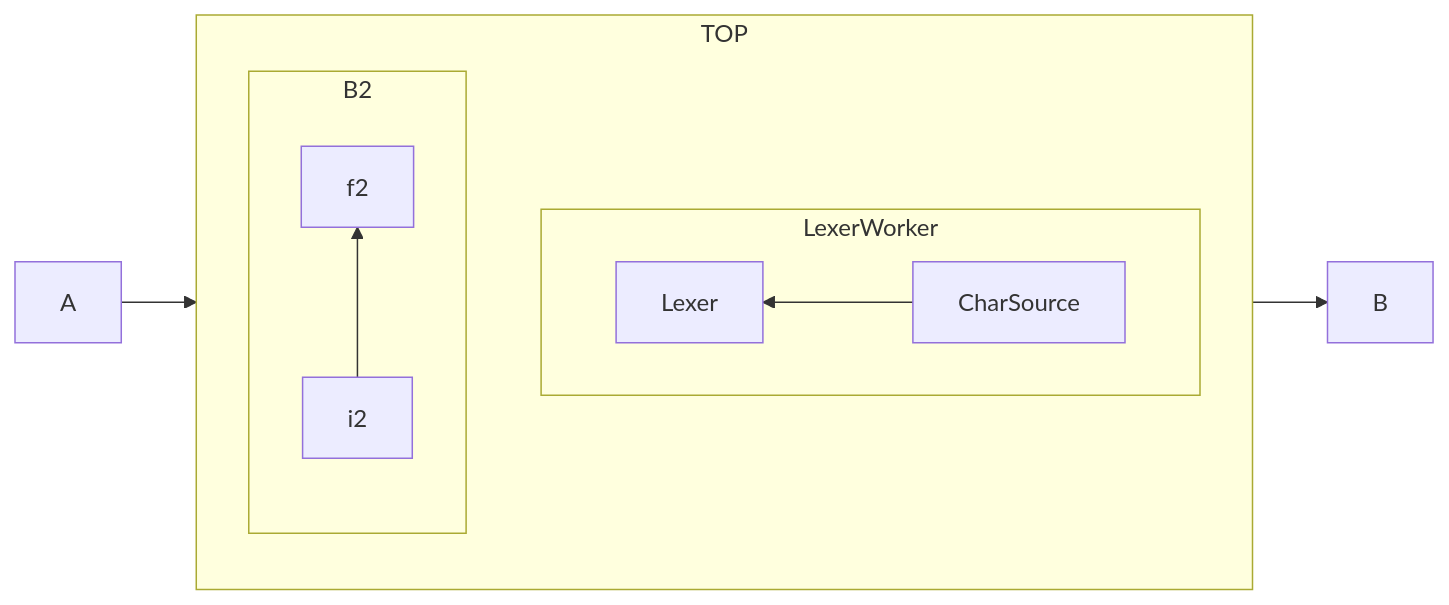
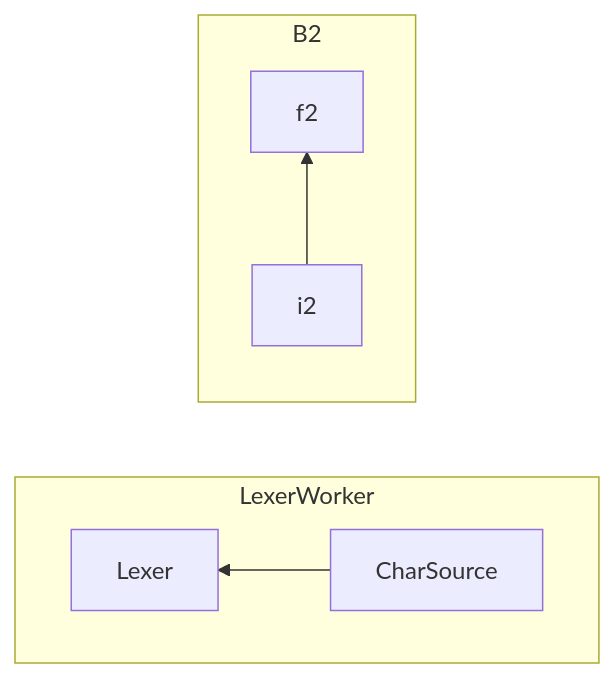
One commit to Ramzeeset/Expression-Parser changed the diagram in README.md. Above: the diagram before and after it, drawn with Mermaid.

````diff
--- a/README.md
+++ b/README.md
@@ -7,15 +7,12 @@
 ```mermaid
 flowchart LR
-  subgraph TOP
     direction TB
     subgraph LexerWorker
         direction RL
         CharSource-->Lexer
     end
     subgraph B2
         direction BT
         i2 -->f2
     end
-  end
-  A --> TOP --> B
 ```
````
